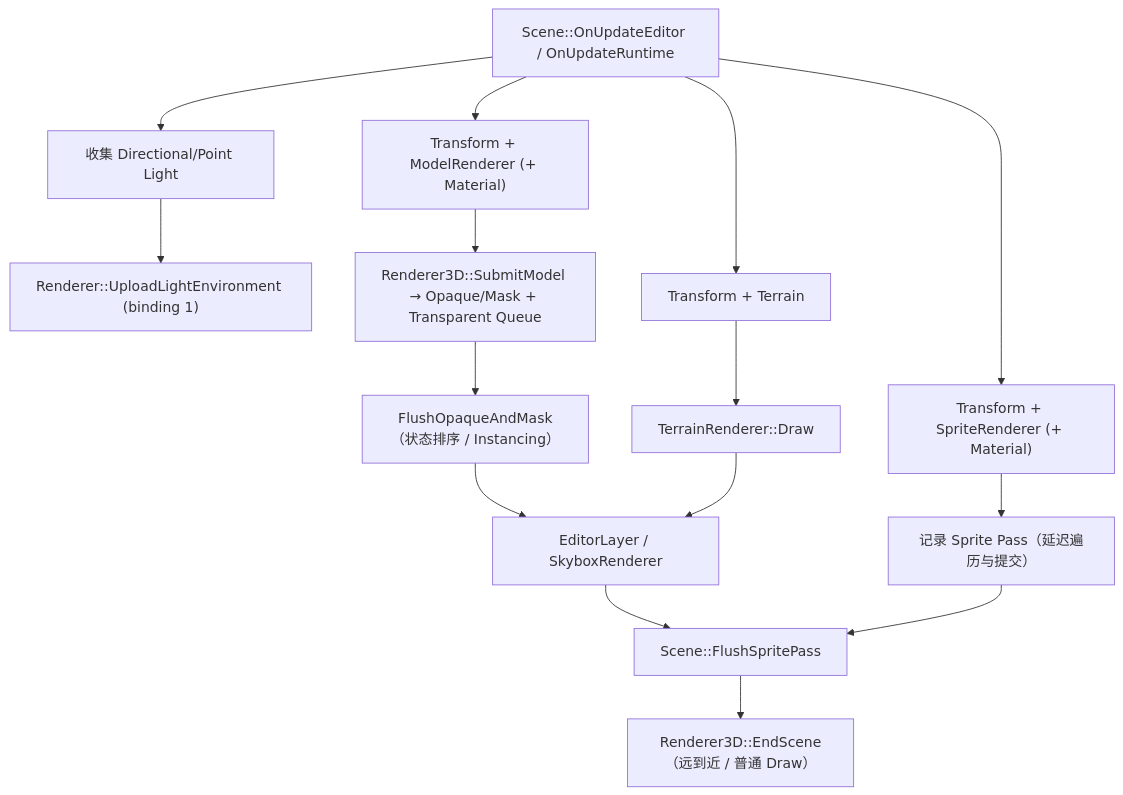
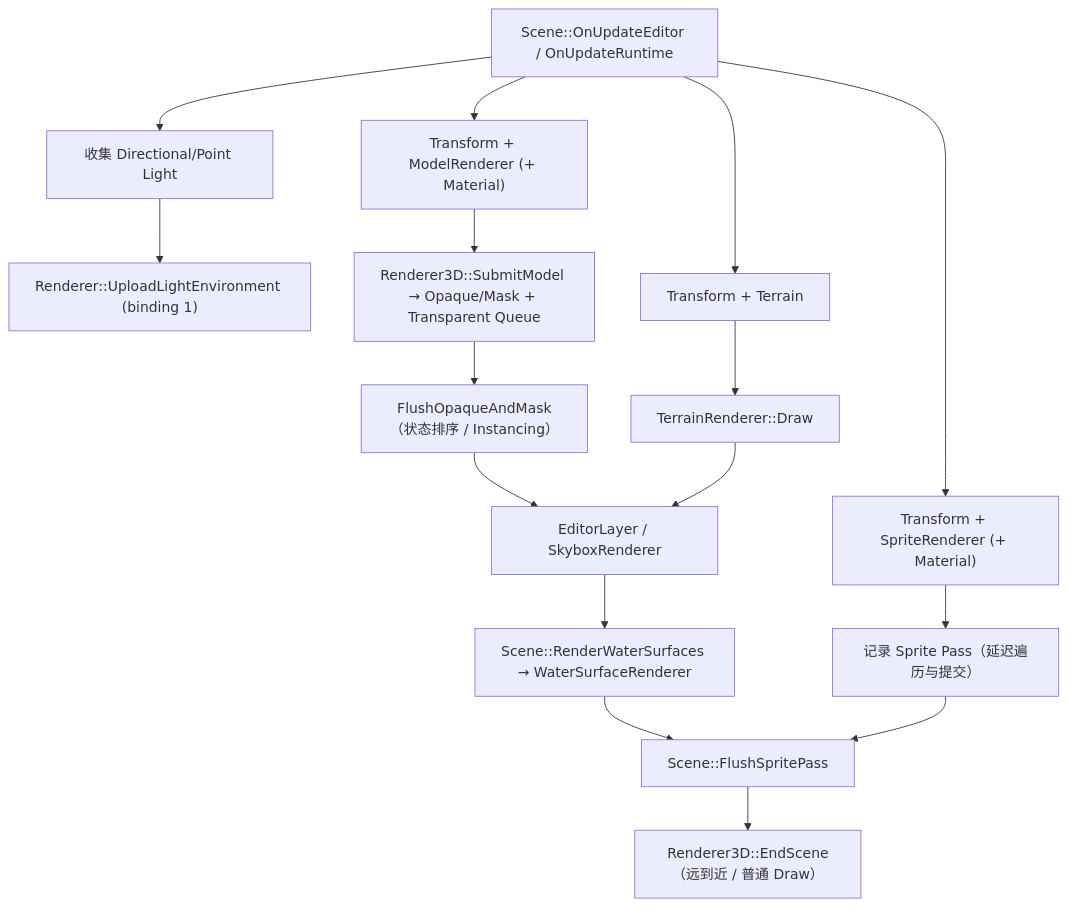
Before and after one commit to Ch1aki7/Glimmer: the third of 7 diagrams in ARCHITECTURE.md, drawn with Mermaid. The commit also changed other lines of this file and 16 other files, not shown here.

````diff
--- a/ARCHITECTURE.md
+++ b/ARCHITECTURE.md
@@ -139,17 +139,18 @@
 ```mermaid
 flowchart TD
     Scene["Scene::OnUpdateEditor / OnUpdateRuntime"] --> Lights["收集 Directional/Point Light"]
     Lights --> UBO["Renderer::UploadLightEnvironment (binding 1)"]
     Scene --> Models["Transform + ModelRenderer (+ Material)"]
     Scene --> Terrain["Transform + Terrain"]
     Scene --> Sprites["Transform + SpriteRenderer (+ Material)"]
     Models --> R3D["Renderer3D::SubmitModel → Opaque/Mask + Transparent Queue"]
     R3D --> Opaque["FlushOpaqueAndMask（状态排序 / Instancing）"]
     Opaque --> Skybox["EditorLayer / SkyboxRenderer"]
     Terrain --> TR["TerrainRenderer::Draw"]
     TR --> Skybox
     Sprites --> R2DSubmit["记录 Sprite Pass（延迟遍历与提交）"]
-    Skybox --> R2DFlush["Scene::FlushSpritePass"]
+    Skybox --> Water["Scene::RenderWaterSurfaces → WaterSurfaceRenderer"]
+    Water --> R2DFlush["Scene::FlushSpritePass"]
     R2DSubmit --> R2DFlush
     R2DFlush --> Transparent["Renderer3D::EndScene（远到近 / 普通 Draw）"]
 ```
````
